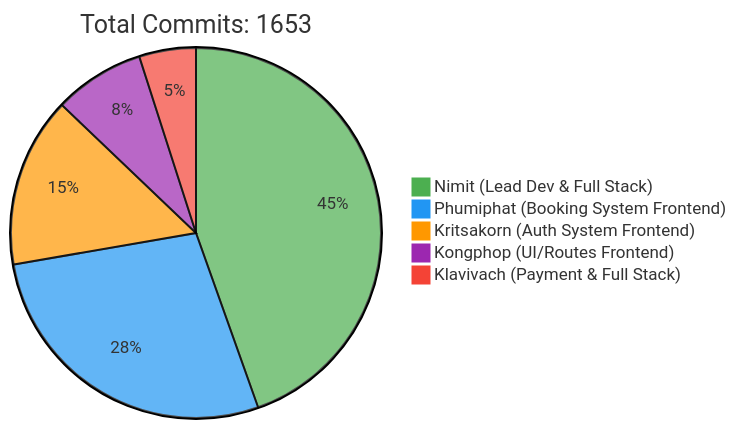
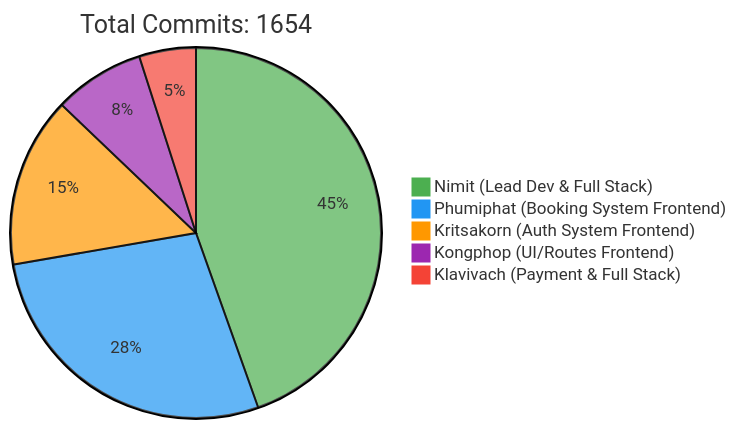
One commit to 6531503042/Sport-Complex changed the first of 2 diagrams in README.md. Above: the diagram before and after it, drawn with Mermaid. The commit also changed other lines of this file, not shown here.

Commit message:
docs: Update contributor statistics [skip ci]

````diff
--- a/README.md
+++ b/README.md
@@ -257,10 +257,10 @@
 ```mermaid
 %%{init: {'theme': 'base', 'themeVariables': { 'pie1': '#4CAF50', 'pie2': '#2196F3', 'pie3': '#FF9800', 'pie4': '#9C27B0', 'pie5': '#F44336'}}}%%
 pie
-    title Total Commits: 1653
+    title Total Commits: 1654
     "Nimit (Lead Dev & Full Stack)" : 450
     "Phumiphat (Booking System Frontend)" : 280
     "Kritsakorn (Auth System Frontend)" : 150
     "Kongphop (UI/Routes Frontend)" : 80
     "Klavivach (Payment & Full Stack)" : 50
 ```
````
